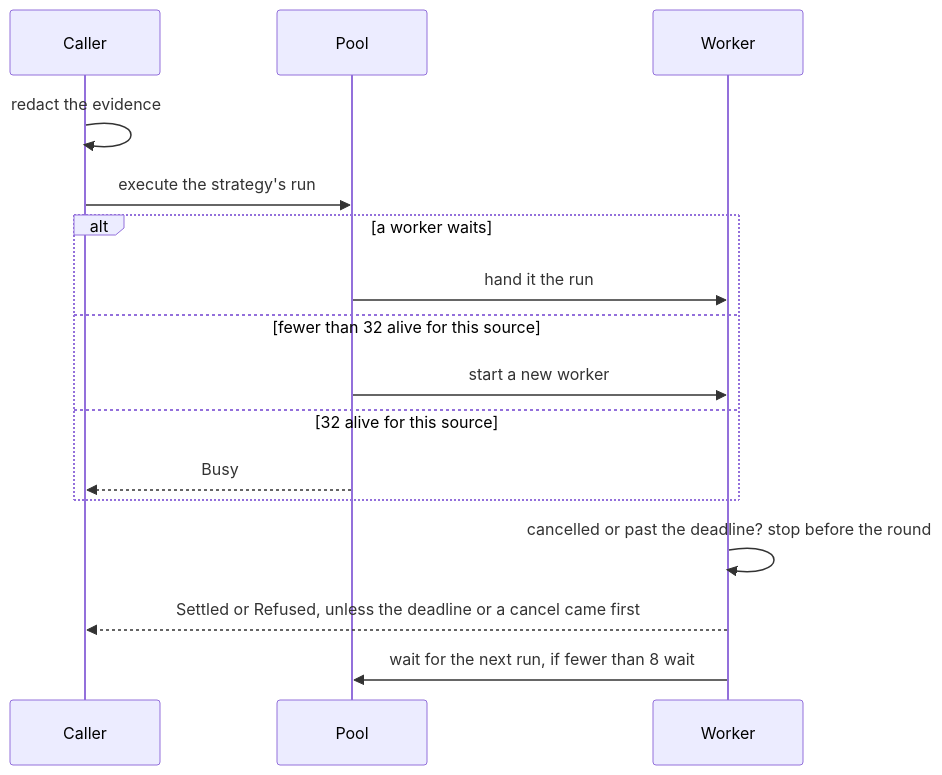
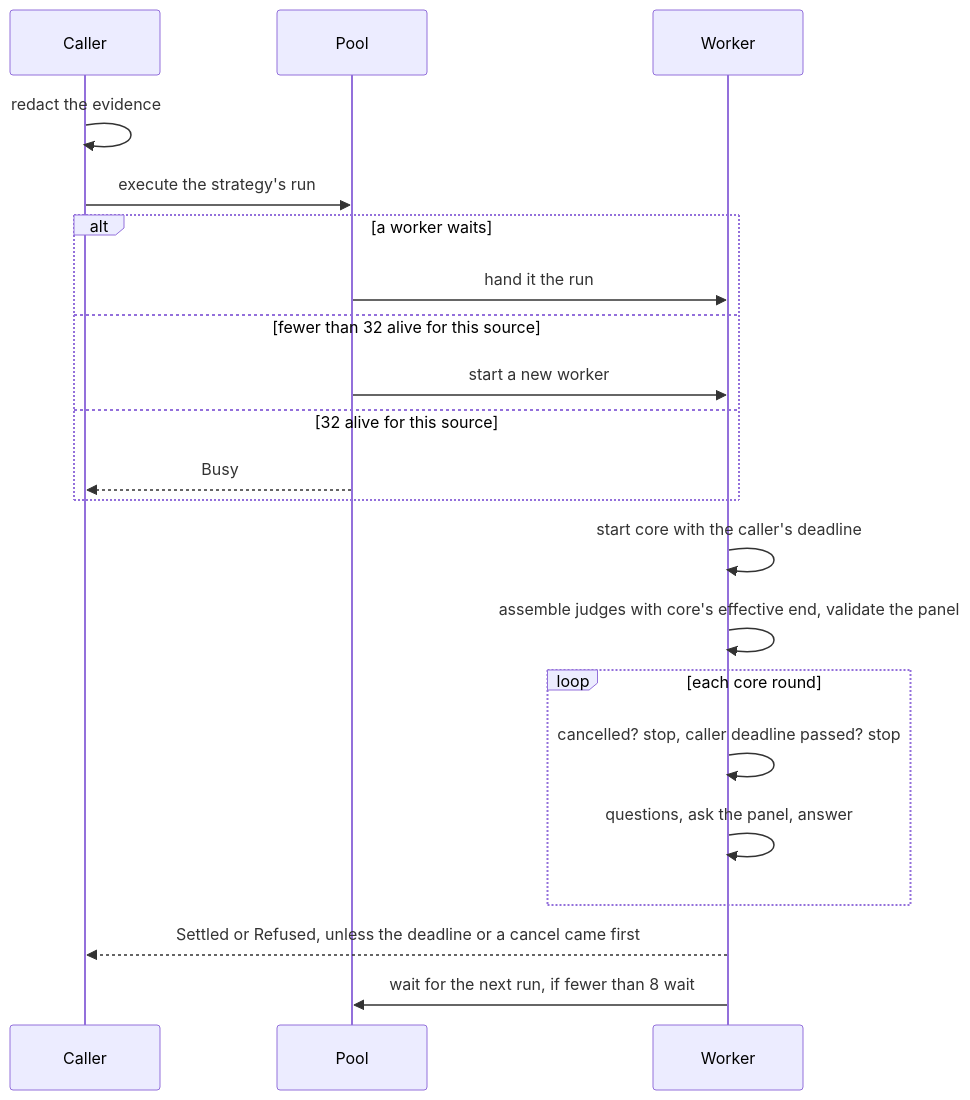
The diagram in crates/runtime/src/run/README.md (wrkhse/chauffeur), drawn with Mermaid before and after one commit. The commit also changed other lines of this file and 3 other files, not shown here.

First line of the commit message:
feat(runtime): drive plan rounds to the caller's deadline

````diff
--- a/crates/runtime/src/run/README.md
+++ b/crates/runtime/src/run/README.md
@@ -15,18 +8,23 @@
 ```mermaid
 sequenceDiagram
     participant C as Caller
     participant P as Pool
     participant W as Worker
     C->>C: redact the evidence
     C->>P: execute the strategy's run
     alt a worker waits
         P->>W: hand it the run
     else fewer than 32 alive for this source
         P->>W: start a new worker
     else 32 alive for this source
         P-->>C: Busy
     end
-    W->>W: cancelled or past the deadline? stop before the round
+    W->>W: start core with the caller's deadline
+    W->>W: assemble judges with core's effective end, validate the panel
+    loop each core round
+        W->>W: cancelled? stop, caller deadline passed? stop
+        W->>W: questions, ask the panel, answer
+    end
     W-->>C: Settled or Refused, unless the deadline or a cancel came first
     W->>P: wait for the next run, if fewer than 8 wait
 ```
````
